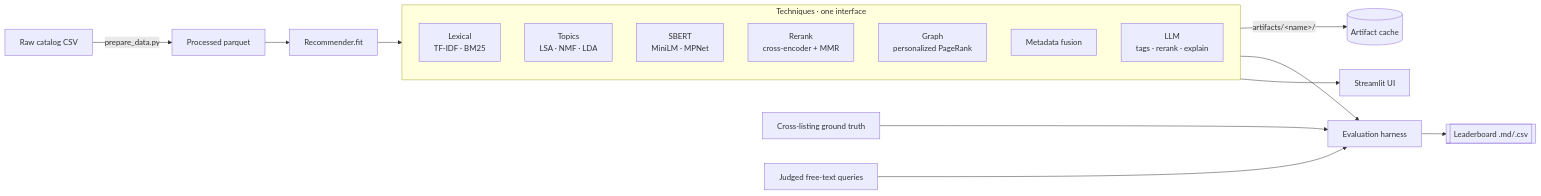
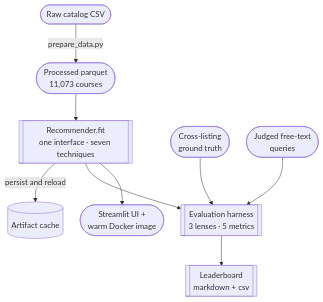
One commit to sandeep-jay/course-recommender-lab changed the diagram in docs/ARCHITECTURE.md. Above: the diagram before and after it, drawn with Mermaid. The commit also changed other lines of this file and 10 other files, not shown here.

First line of the commit message:
docs(platform): learner on-ramp, readable architecture diagram, plain-English prose

````diff
--- a/docs/ARCHITECTURE.md
+++ b/docs/ARCHITECTURE.md
@@ -8,21 +11,12 @@
 ```mermaid
-flowchart LR
-    RAW[Raw catalog CSV] -->|prepare_data.py| PROC[Processed parquet]
-    PROC --> FIT[Recommender.fit]
-    subgraph techniques[Techniques · one interface]
-      LEX[Lexical<br/>TF-IDF · BM25]
-      TOP[Topics<br/>LSA · NMF · LDA]
-      SB[SBERT<br/>MiniLM · MPNet]
-      RR[Rerank<br/>cross-encoder + MMR]
-      GR[Graph<br/>personalized PageRank]
-      MD[Metadata fusion]
-      LLM[LLM<br/>tags · rerank · explain]
-    end
-    FIT --> techniques
-    techniques -->|artifacts/&lt;name&gt;/| CACHE[(Artifact cache)]
-    techniques --> EVAL[Evaluation harness]
-    GT[Cross-listing ground truth] --> EVAL
-    JQ[Judged free-text queries] --> EVAL
-    EVAL --> LB[[Leaderboard .md/.csv]]
-    techniques --> UI[Streamlit UI]
+%%{init: {'themeVariables': {'fontSize': '16px'}, 'flowchart': {'rankSpacing': 55, 'nodeSpacing': 35}}}%%
+flowchart TB
+    RAW([Raw catalog CSV]) -->|prepare_data.py| PROC([Processed parquet<br/>11,073 courses])
+    PROC --> FIT[["Recommender.fit<br/>one interface · seven techniques"]]
+    FIT -->|persist and reload| CACHE[(Artifact cache)]
+    FIT --> EVAL[["Evaluation harness<br/>3 lenses · 5 metrics"]]
+    GT([Cross-listing<br/>ground truth]) --> EVAL
+    JQ([Judged free-text<br/>queries]) --> EVAL
+    EVAL --> LB[["Leaderboard<br/>markdown + csv"]]
+    FIT --> UI([Streamlit UI +<br/>warm Docker image])
 ```
````
